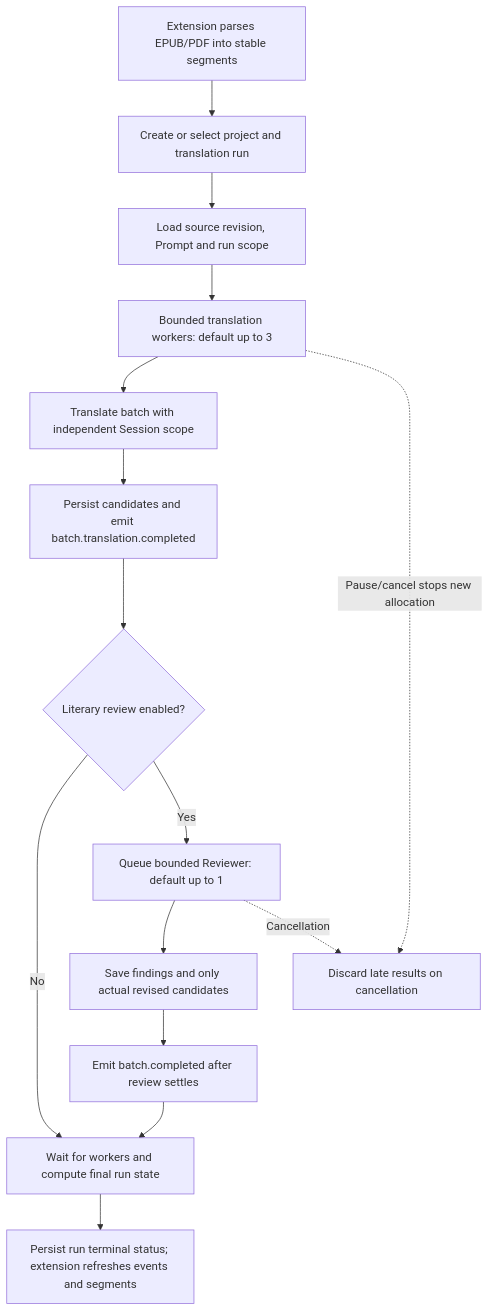
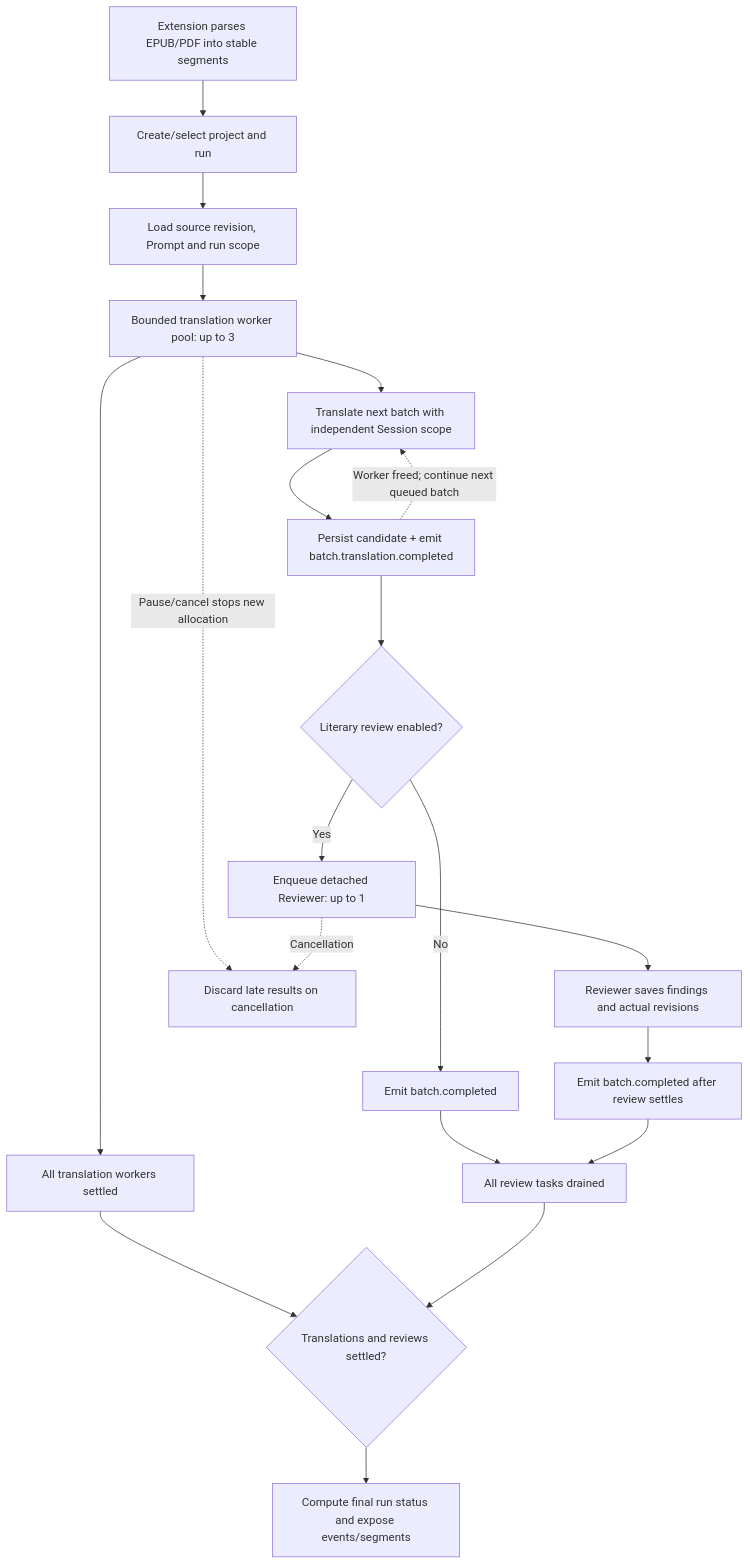
Before and after one commit to devweekly/vocal-saga: the fourth of 4 diagrams in README.md, drawn with Mermaid.

Commit message:
Show detached review overlap in Agent flow diagram

````diff
--- a/README.md
+++ b/README.md
@@ -121,17 +121,22 @@
 ```mermaid
 flowchart TD
-    A[Extension parses EPUB/PDF into stable segments] --> B[Create or select project and translation run]
+    A[Extension parses EPUB/PDF into stable segments] --> B[Create/select project and run]
     B --> C[Load source revision, Prompt and run scope]
-    C --> D[Bounded translation workers: default up to 3]
-    D --> E[Translate batch with independent Session scope]
-    E --> F[Persist candidates and emit batch.translation.completed]
+    C --> D[Bounded translation worker pool: up to 3]
+    D --> E[Translate next batch with independent Session scope]
+    E --> F[Persist candidate + emit batch.translation.completed]
     F --> G{Literary review enabled?}
-    G -- No --> K[Wait for workers and compute final run state]
-    G -- Yes --> H[Queue bounded Reviewer: default up to 1]
-    H --> I[Save findings and only actual revised candidates]
-    I --> J[Emit batch.completed after review settles]
-    J --> K
-    K --> L[Persist run terminal status; extension refreshes events and segments]
-    D -. Pause/cancel stops new allocation .-> M[Discard late results on cancellation]
-    H -. Cancellation .-> M
+    G -- No --> H[Emit batch.completed]
+    G -- Yes --> I[Enqueue detached Reviewer: up to 1]
+    I --> J[Reviewer saves findings and actual revisions]
+    J --> K[Emit batch.completed after review settles]
+    F -. Worker freed; continue next queued batch .-> E
+    D --> L[All translation workers settled]
+    H --> M[All review tasks drained]
+    K --> M
+    L --> N{Translations and reviews settled?}
+    M --> N
+    N --> O[Compute final run status and expose events/segments]
+    D -. Pause/cancel stops new allocation .-> P[Discard late results on cancellation]
+    I -. Cancellation .-> P
 ```
````
